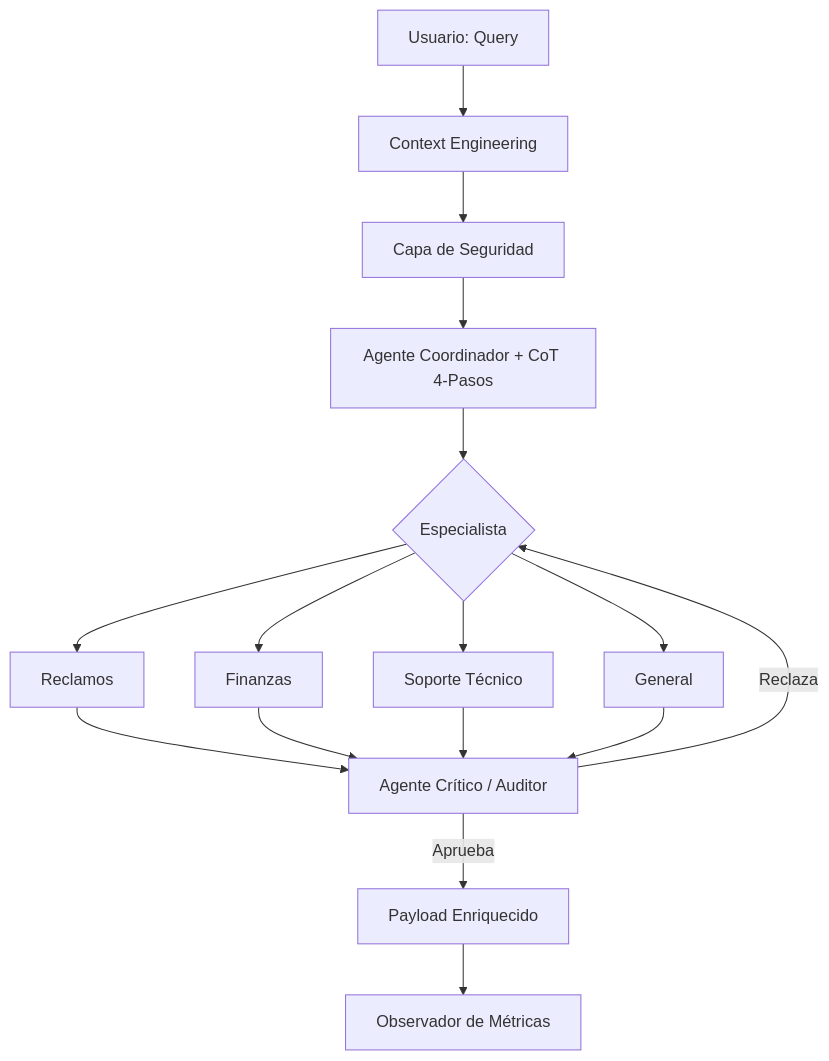
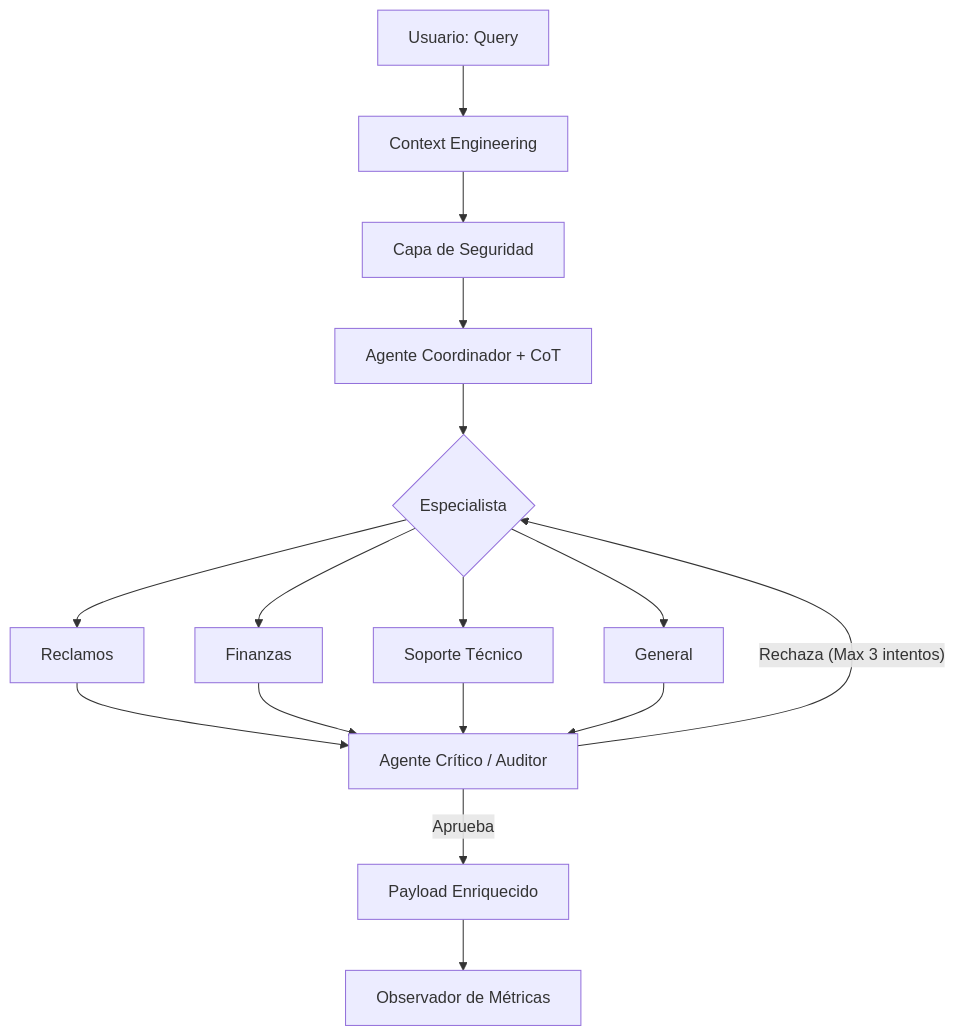
Before and after one commit to cesesteban/Multi-Agent-Routing-System: the diagram in architecture_reports/architecture_reports_es.md, drawn with Mermaid. The commit also changed other lines of this file and 2 other files, not shown here.

````diff
--- a/architecture_reports/architecture_reports_es.md
+++ b/architecture_reports/architecture_reports_es.md
@@ -7,15 +7,15 @@
 ```mermaid
 graph TD
     A[Usuario: Query] --> B[Context Engineering]
     B --> C[Capa de Seguridad]
-    C --> D[Agente Coordinador + CoT 4-Pasos]
+    C --> D[Agente Coordinador + CoT]
     D --> E{Especialista}
     E --> F[Reclamos]
     E --> G[Finanzas]
     E --> H[Soporte Técnico]
     E --> I[General]
     F & G & H & I --> J[Agente Crítico / Auditor]
-    J -- Reclaza --> E
+    J -- Rechaza (Max 3 intentos) --> E
     J -- Aprueba --> K[Payload Enriquecido]
     K --> L[Observador de Métricas]
 ```
````
